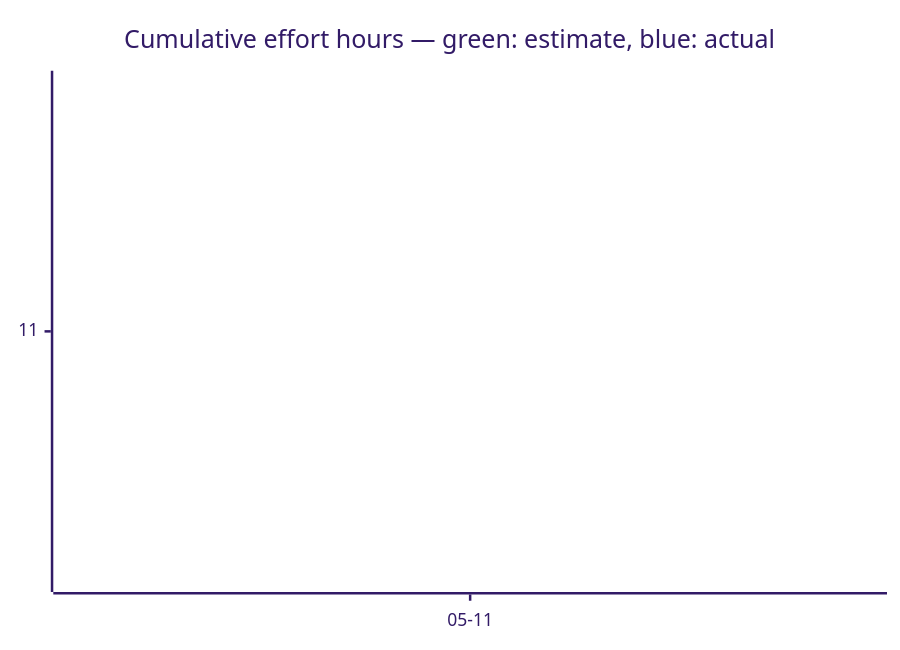
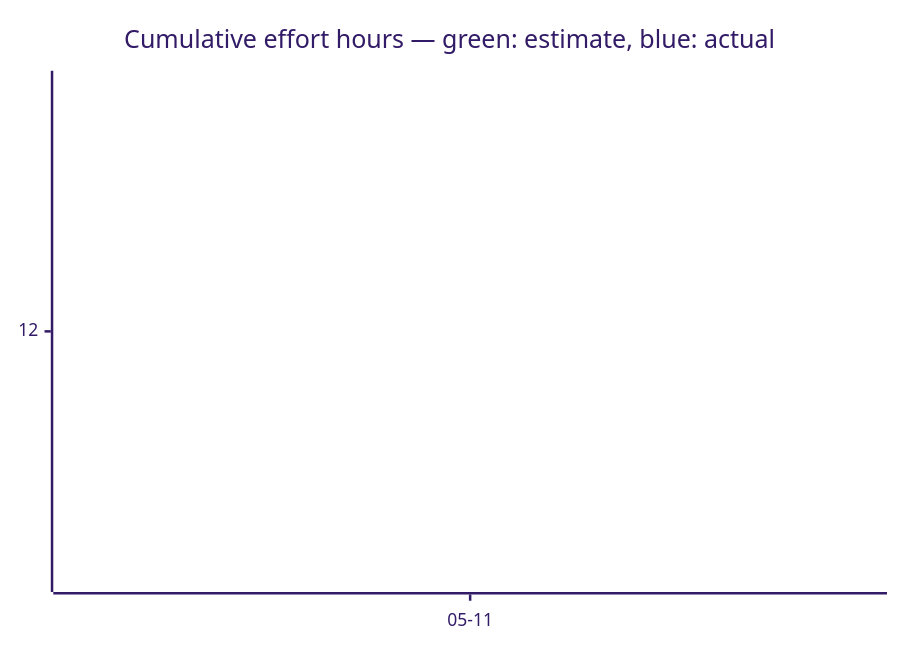
One commit to tgd1975/AwesomeGuitarPedal changed the third of 3 diagrams in docs/developers/tasks/OVERVIEW.md. Above: the diagram before and after it, drawn with Mermaid (forest theme). The commit also changed other lines of this file and 15 other files, not shown here.

First line of the commit message:
feat(config): add debounceMs to hardware config — schema, example, Dart model, JSON parser

````diff
--- a/docs/developers/tasks/OVERVIEW.md
+++ b/docs/developers/tasks/OVERVIEW.md
@@ -40,7 +40,7 @@
 ```mermaid
 xychart-beta
     title "Cumulative effort hours — green: estimate, blue: actual"
     x-axis ["05-11"]
-    line [11]
-    line [11]
+    line [12]
+    line [12]
 ```
````
